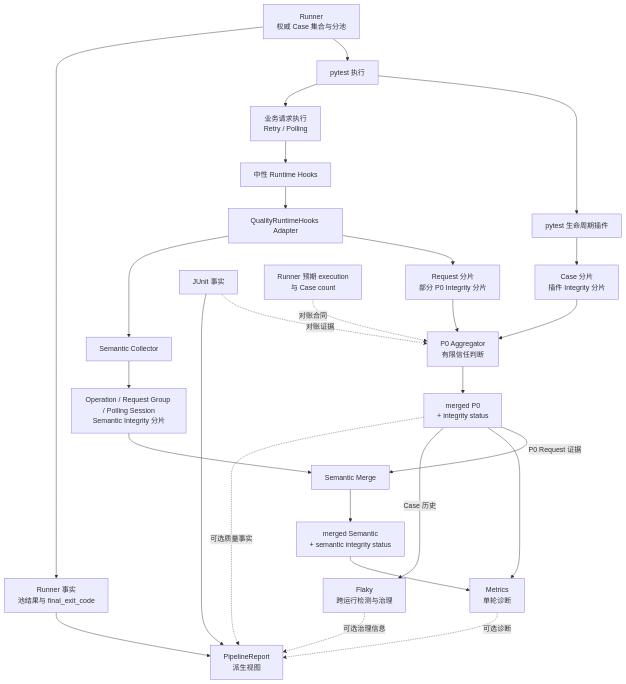
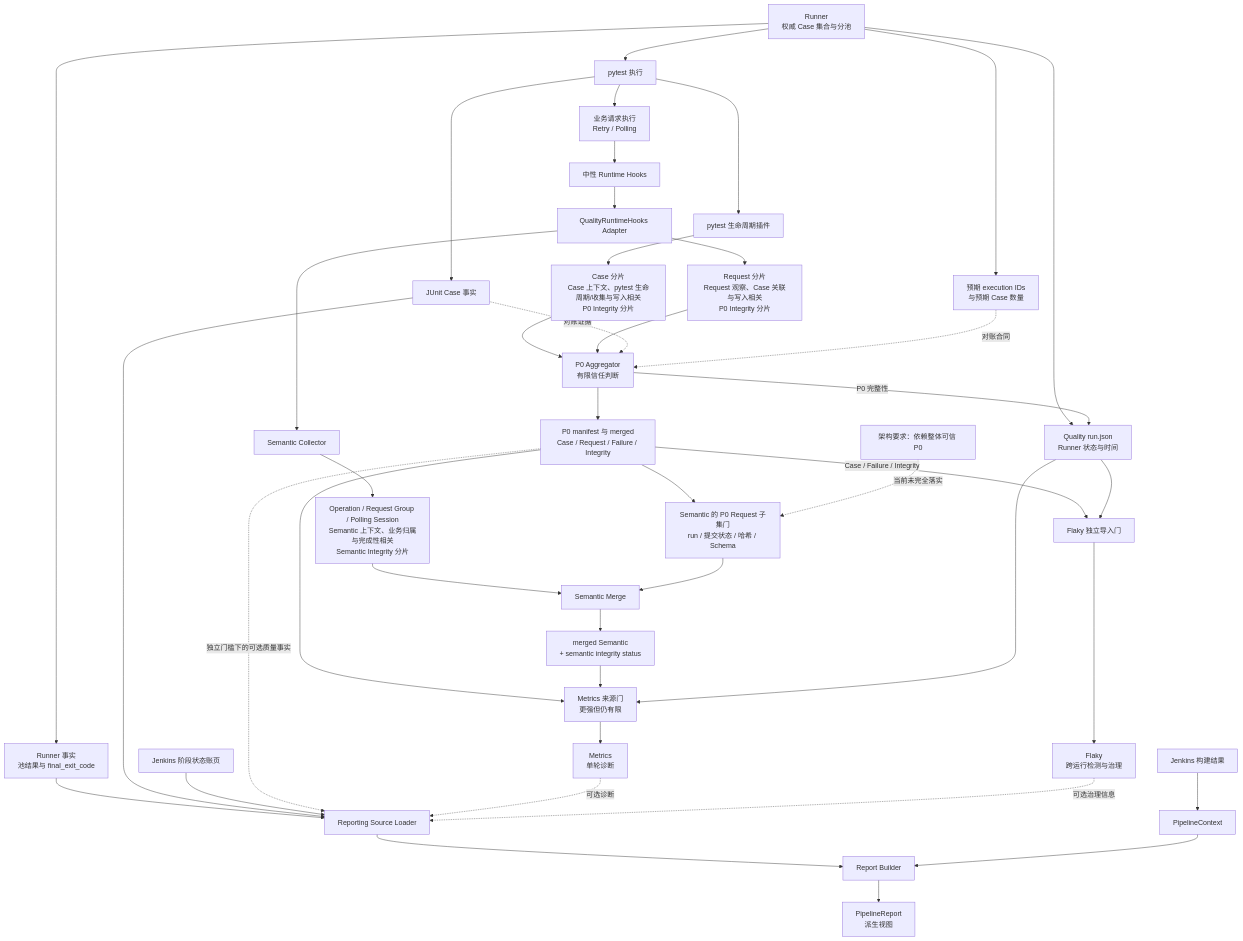
The fourth of 5 diagrams in course/核心/第01课-复杂LLM调用为什么需要可信事实链.md (wjy801/llm_api_case), drawn with Mermaid before and after one commit. The commit also changed other lines of this file and 29 other files, not shown here.

````diff
--- a/course/核心/第01课-复杂LLM调用为什么需要可信事实链.md
+++ b/course/核心/第01课-复杂LLM调用为什么需要可信事实链.md
@@ -378,35 +380,51 @@
 ```mermaid
 flowchart TD
     R["Runner<br/>权威 Case 集合与分池"] --> PY["pytest 执行"]
     R --> RF["Runner 事实<br/>池结果与 final_exit_code"]
+    R --> E["预期 execution IDs<br/>与预期 Case 数量"]
 
     PY --> PL["pytest 生命周期插件"]
     PY --> BX["业务请求执行<br/>Retry / Polling"]
+    PY --> J["JUnit Case 事实"]
 
-    PL --> CS["Case 分片<br/>插件 Integrity 分片"]
+    PL --> CS["Case 分片<br/>Case 上下文、pytest 生命周期/收集与写入相关<br/>P0 Integrity 分片"]
     BX --> RH["中性 Runtime Hooks"]
     RH --> QA["QualityRuntimeHooks Adapter"]
-    QA --> RS["Request 分片<br/>部分 P0 Integrity 分片"]
+    QA --> RS["Request 分片<br/>Request 观察、Case 关联与写入相关<br/>P0 Integrity 分片"]
     QA --> SC["Semantic Collector"]
-    SC --> SS["Operation / Request Group / Polling Session<br/>Semantic Integrity 分片"]
+    SC --> SS["Operation / Request Group / Polling Session<br/>Semantic 上下文、业务归属与完成性相关<br/>Semantic Integrity 分片"]
 
     CS --> PA["P0 Aggregator<br/>有限信任判断"]
     RS --> PA
-    J["JUnit 事实"] -. "对账证据" .-> PA
-    E["Runner 预期 execution<br/>与 Case count"] -. "对账合同" .-> PA
-    PA --> P0["merged P0<br/>+ integrity status"]
+    J -. "对账证据" .-> PA
+    E -. "对账合同" .-> PA
+    PA --> P0["P0 manifest 与 merged<br/>Case / Request / Failure / Integrity"]
+    R --> QR["Quality run.json<br/>Runner 状态与时间"]
+    PA -->|"P0 完整性"| QR
 
     SS --> SM["Semantic Merge"]
-    P0 -->|"P0 Request 证据"| SM
+    P0 --> SQ["Semantic 的 P0 Request 子集门<br/>run / 提交状态 / 哈希 / Schema"]
+    SQ --> SM
+    AR["架构要求：依赖整体可信 P0"] -. "当前未完全落实" .-> SQ
     SM --> S["merged Semantic<br/>+ semantic integrity status"]
 
-    P0 --> M["Metrics<br/>单轮诊断"]
-    S --> M
-    P0 -->|"Case 历史"| K["Flaky<br/>跨运行检测与治理"]
+    P0 --> MG["Metrics 来源门<br/>更强但仍有限"]
+    S --> MG
+    QR --> MG
+    MG --> M["Metrics<br/>单轮诊断"]
 
-    RF --> P["PipelineReport<br/>派生视图"]
-    J --> P
-    P0 -. "可选质量事实" .-> P
-    M -. "可选诊断" .-> P
-    K -. "可选治理信息" .-> P
+    P0 -->|"Case / Failure / Integrity"| FI["Flaky 独立导入门"]
+    QR --> FI
+    FI --> K["Flaky<br/>跨运行检测与治理"]
+
+    RF --> RL["Reporting Source Loader"]
+    J --> RL
+    JB["Jenkins 构建结果"] --> PC["PipelineContext"]
+    JL["Jenkins 阶段状态账页"] --> RL
+    P0 -. "独立门槛下的可选质量事实" .-> RL
+    M -. "可选诊断" .-> RL
+    K -. "可选治理信息" .-> RL
+    RL --> PB["Report Builder"]
+    PC --> PB
+    PB --> P["PipelineReport<br/>派生视图"]
 ```
````
